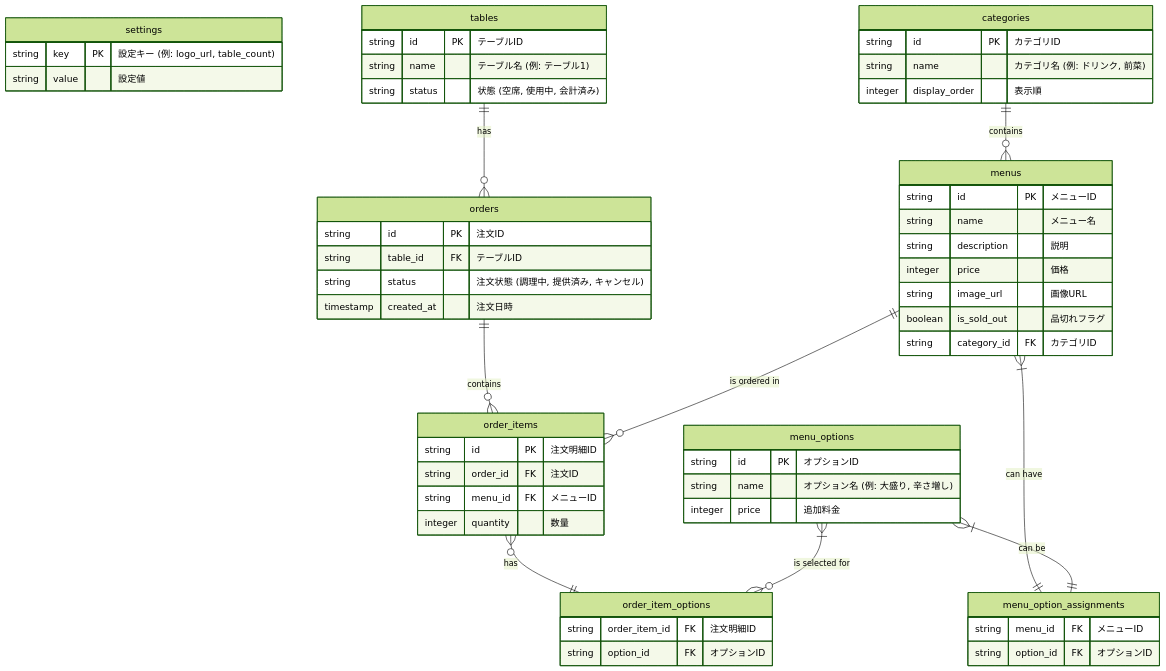
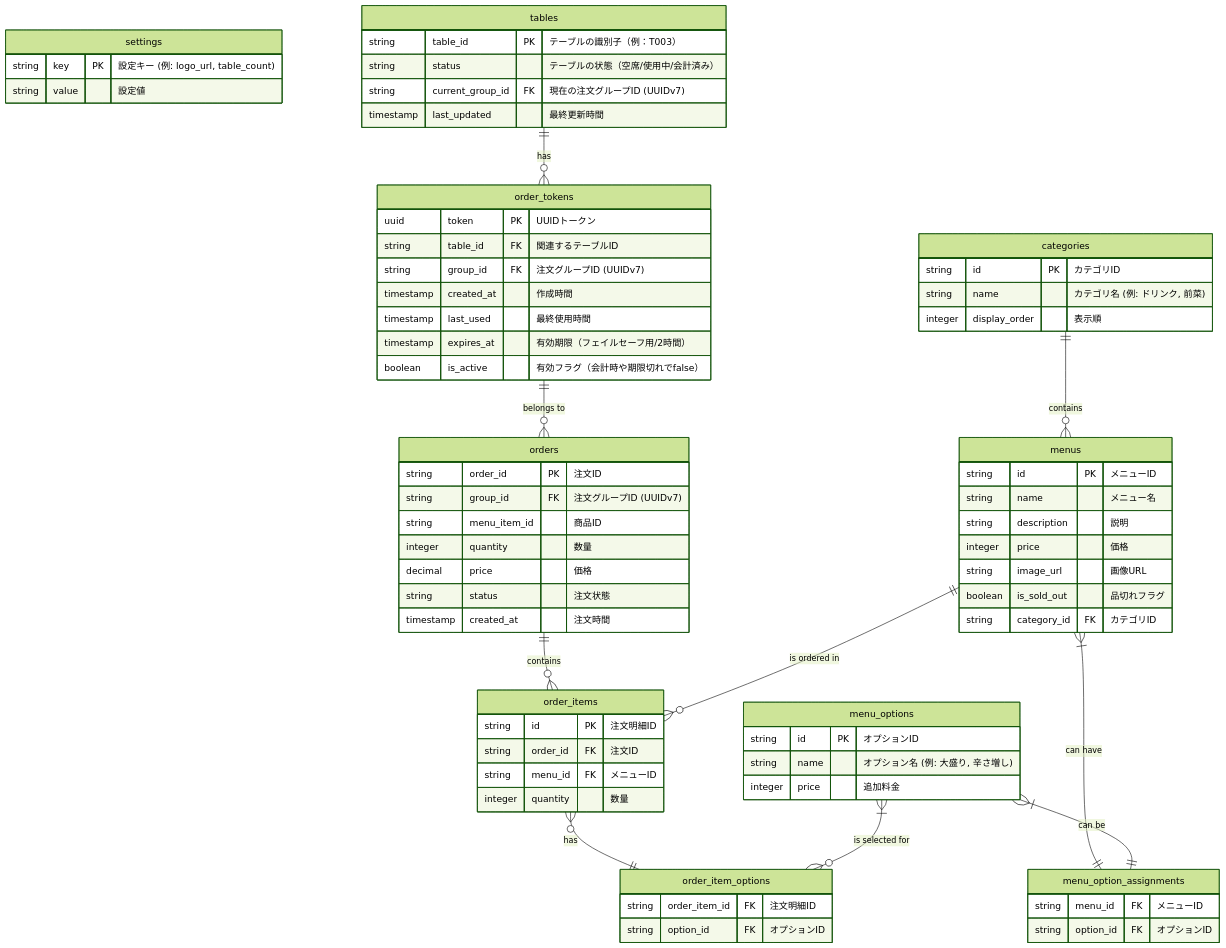
The diagram in .docs/database/predicted_er_diagram.md (inoUwU/pinu), drawn with Mermaid (forest theme) before and after one commit. The commit also changed other lines of this file, not shown here.

Commit message:
feat: update ER diagram to include order_tokens and enhance table descriptions

```diff
--- a/.docs/database/predicted_er_diagram.md
+++ b/.docs/database/predicted_er_diagram.md
@@ -9,10 +7,23 @@
         string value "設定値"
     }
 
+    tables ||--o{ order_tokens : "has"
     tables {
-        string id PK "テーブルID"
-        string name "テーブル名 (例: テーブル1)"
-        string status "状態 (空席, 使用中, 会計済み)"
+        string table_id PK "テーブルの識別子（例：T003）"
+        string status "テーブルの状態（空席/使用中/会計済み）"
+        string current_group_id FK "現在の注文グループID (UUIDv7)"
+        timestamp last_updated "最終更新時間"
+    }
+
+    order_tokens ||--o{ orders : "belongs to"
+    order_tokens {
+        uuid token PK "UUIDトークン"
+        string table_id FK "関連するテーブルID"
+        string group_id FK "注文グループID (UUIDv7)"
+        timestamp created_at "作成時間"
+        timestamp last_used "最終使用時間"
+        timestamp expires_at "有効期限（フェイルセーフ用/2時間）"
+        boolean is_active "有効フラグ（会計時や期限切れでfalse）"
     }
 
     categories {
@@ -43,10 +54,13 @@
     }
 
     orders {
-        string id PK "注文ID"
-        string table_id FK "テーブルID"
-        string status "注文状態 (調理中, 提供済み, キャンセル)"
-        timestamp created_at "注文日時"
+        string order_id PK "注文ID"
+        string group_id FK "注文グループID (UUIDv7)"
+        string menu_item_id "商品ID"
+        integer quantity "数量"
+        decimal price "価格"
+        string status "注文状態"
+        timestamp created_at "注文時間"
     }
 
     order_items {
@@ -61,7 +75,6 @@
         string option_id FK "オプションID"
     }
 
-    tables      ||--o{ orders : "has"
     categories  ||--o{ menus : "contains"
     menus       }|--|| menu_option_assignments : "can have"
     menu_options }|--|| menu_option_assignments : "can be"
```
